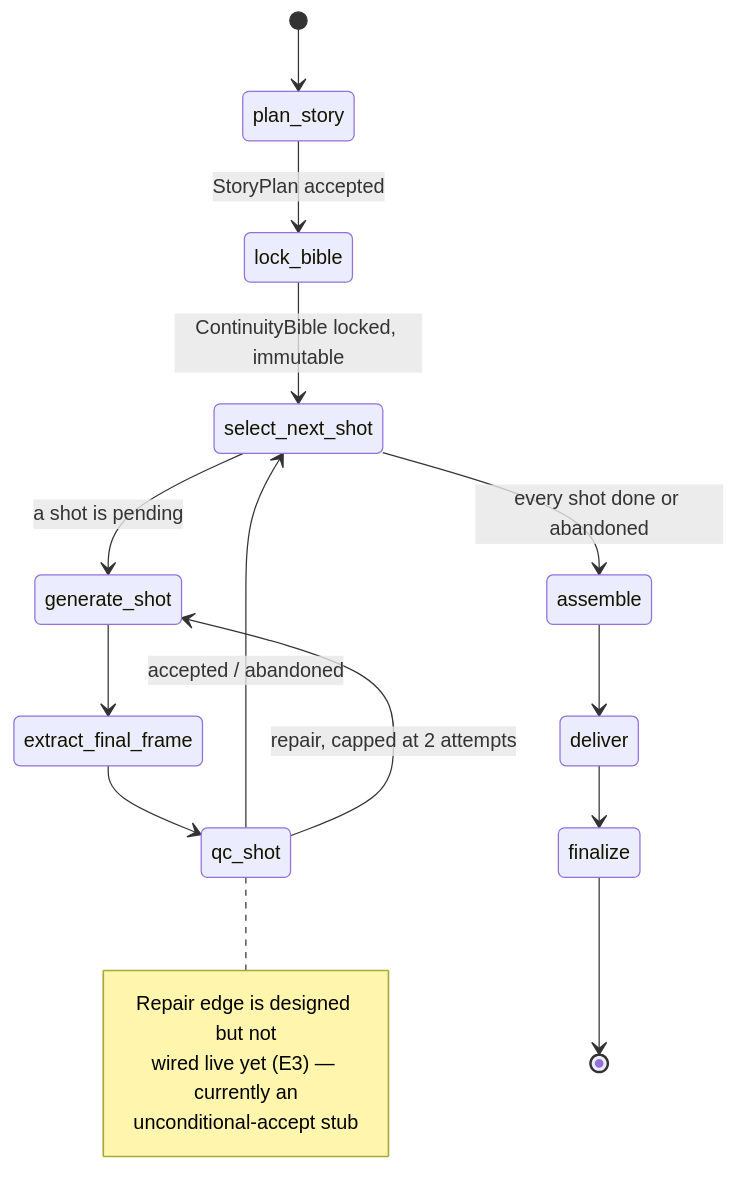
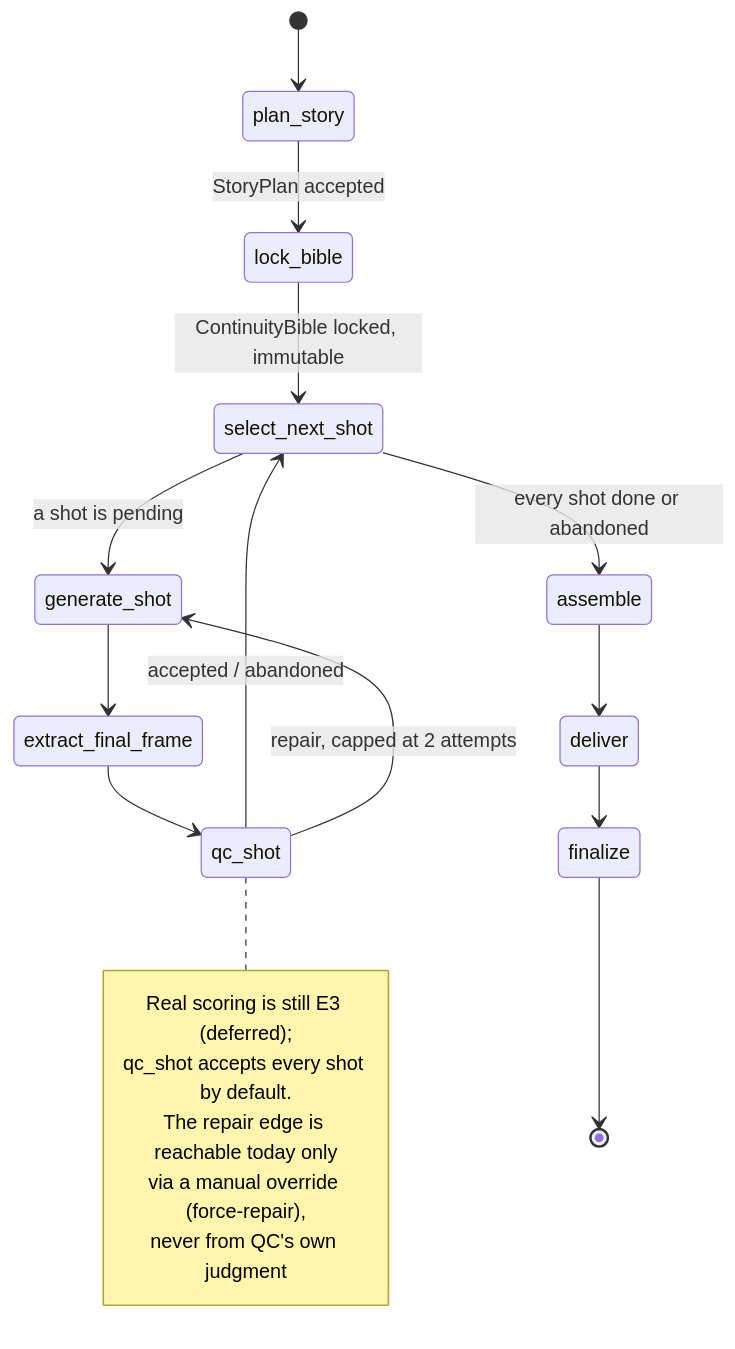
Before and after one commit to Aaryan123456679/VideoAgent: the second of 2 diagrams in README.md, drawn with Mermaid.

Commit message:
Update the graph state diagram's QC note to match the current build
The repair edge is no longer purely dead code — it's reachable via
the manual force-repair override added this session. Still never
reachable from QC's own judgment, since that scoring remains E3.

````diff
--- a/README.md
+++ b/README.md
@@ -89,20 +89,22 @@
 ```mermaid
 stateDiagram-v2
     [*] --> plan_story
     plan_story --> lock_bible : StoryPlan accepted
     lock_bible --> select_next_shot : ContinuityBible locked, immutable
     select_next_shot --> generate_shot : a shot is pending
     select_next_shot --> assemble : every shot done or abandoned
     generate_shot --> extract_final_frame
     extract_final_frame --> qc_shot
     qc_shot --> select_next_shot : accepted / abandoned
     qc_shot --> generate_shot : repair, capped at 2 attempts
     note right of qc_shot
-        Repair edge is designed but not
-        wired live yet (E3) — currently an
-        unconditional-accept stub
+        Real scoring is still E3 (deferred);
+        qc_shot accepts every shot by default.
+        The repair edge is reachable today only
+        via a manual override (force-repair),
+        never from QC's own judgment
     end note
     assemble --> deliver
     deliver --> finalize
     finalize --> [*]
 ```
````
